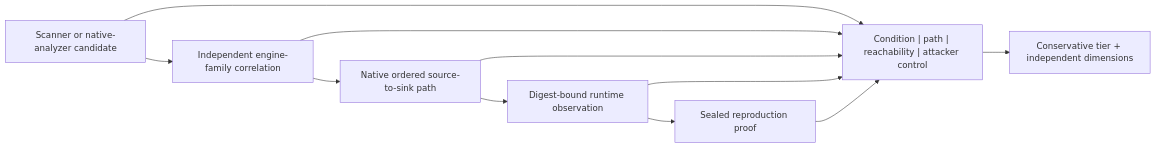
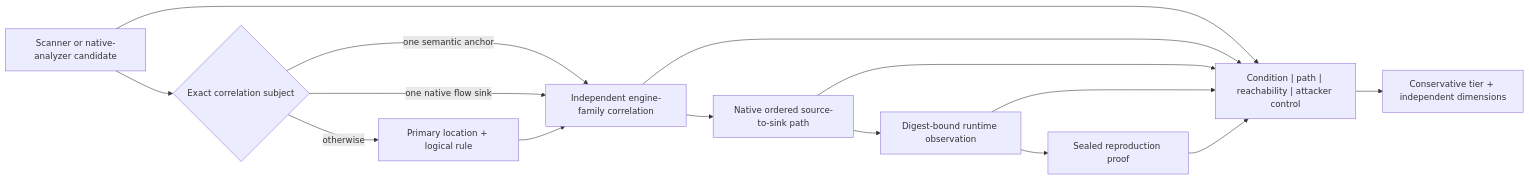
The first of 2 diagrams in docs/analysis-accuracy.md (willtran87/project-py-security-suite), drawn with Mermaid before and after one commit. The commit also changed other lines of this file and 10 other files, not shown here.

Commit message:
docs: update analysis architecture diagrams

````diff
--- a/docs/analysis-accuracy.md
+++ b/docs/analysis-accuracy.md
@@ -12,13 +12,17 @@
 ```mermaid
 flowchart LR
-    Candidate["Scanner or native-analyzer candidate"] --> Corroborate["Independent engine-family correlation"]
+    Candidate["Scanner or native-analyzer candidate"] --> Subject{"Exact correlation subject"}
+    Subject -->|"one semantic anchor"| Corroborate["Independent engine-family correlation"]
+    Subject -->|"one native flow sink"| Corroborate
+    Subject -->|"otherwise"| Location["Primary location + logical rule"]
+    Location --> Corroborate
     Corroborate --> Path["Native ordered source-to-sink path"]
     Path --> Runtime["Digest-bound runtime observation"]
     Runtime --> Reproduce["Sealed reproduction proof"]
     Candidate --> Dimensions["Condition | path | reachability | attacker control"]
     Corroborate --> Dimensions
     Path --> Dimensions
     Runtime --> Dimensions
     Reproduce --> Dimensions
     Dimensions --> Decision["Conservative tier + independent dimensions"]
 ```
````
